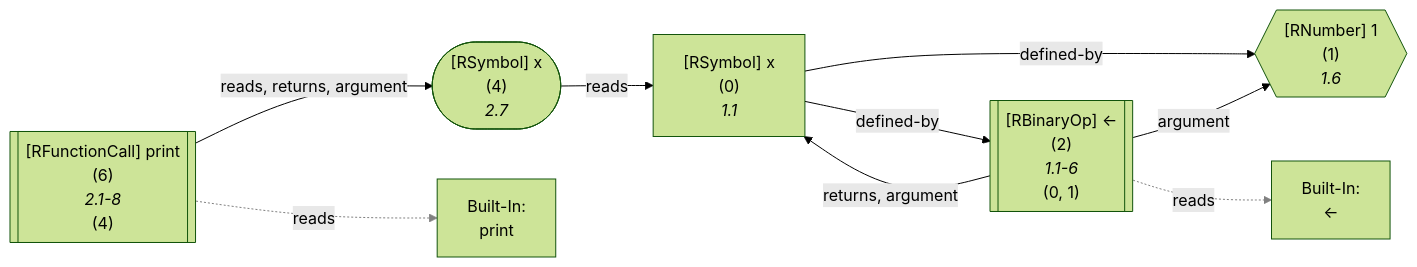
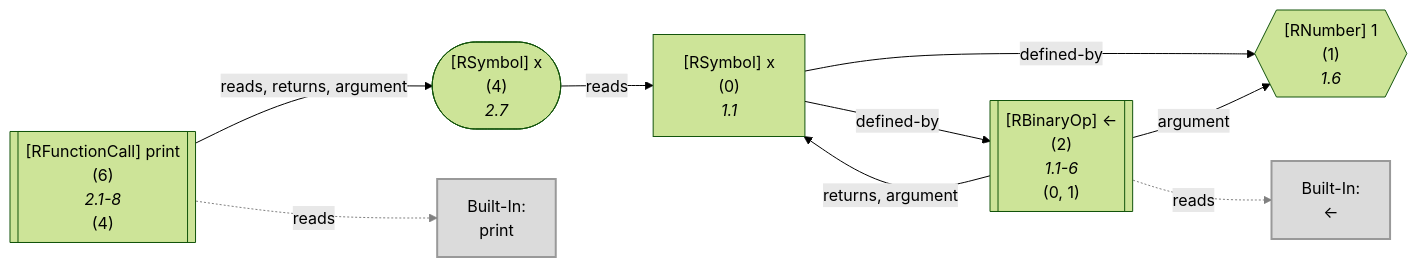
The eighth of 48 diagrams in wiki/Dataflow Graph.md (flowr-analysis/flowr), drawn with Mermaid (forest theme) before and after one commit. The commit also changed other lines of this file and 4 other files, not shown here.

````diff
--- a/wiki/Dataflow Graph.md
+++ b/wiki/Dataflow Graph.md
@@ -817,34 +834,36 @@
 ```mermaid
 flowchart LR
     1{{"`#91;RNumber#93; 1
       (1)
       *1.6*`"}}
     0["`#91;RSymbol#93; x
       (0)
       *1.1*`"]
     2[["`#91;RBinaryOp#93; #60;#45;
       (2)
       *1.1-6*
     (0, 1)`"]]
     built-in:_-["`Built-In:
 #60;#45;`"]
+    style built-in:_- stroke:gray,fill:lightgray,stroke-width:2px,opacity:.8;
     4(["`#91;RSymbol#93; x
       (4)
       *2.7*`"])
     6[["`#91;RFunctionCall#93; print
       (6)
       *2.1-8*
     (4)`"]]
     built-in:print["`Built-In:
 print`"]
+    style built-in:print stroke:gray,fill:lightgray,stroke-width:2px,opacity:.8;
     0 -->|"defined-by"| 1
     0 -->|"defined-by"| 2
     2 -->|"argument"| 1
     2 -->|"returns, argument"| 0
     2 -.->|"reads"| built-in:_-
     linkStyle 4 stroke:gray;
     4 -->|"reads"| 0
     6 -->|"reads, returns, argument"| 4
     6 -.->|"reads"| built-in:print
     linkStyle 7 stroke:gray;
 ```
````
